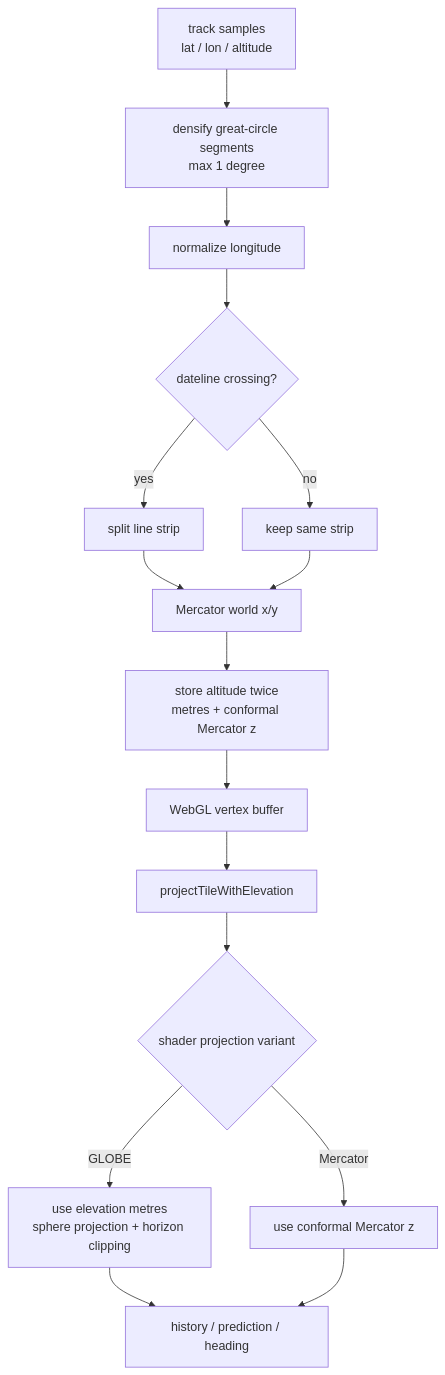
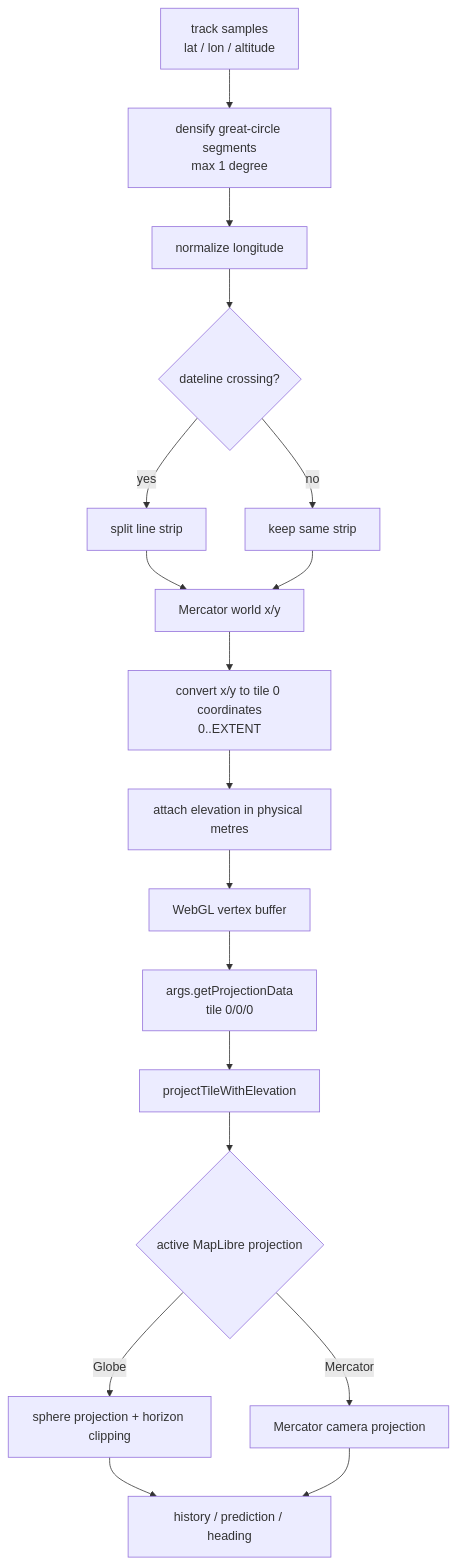
The second of 3 diagrams in docs/orbit-display.md (ExoSpaceLabs/world-sat-monitor), drawn with Mermaid before and after one commit. The commit also changed other lines of this file, not shown here.

Commit message:
docs(world-sat-monitor): correct orbit projection contract

````diff
--- a/docs/orbit-display.md
+++ b/docs/orbit-display.md
@@ -26,18 +26,20 @@
 ```mermaid
 flowchart TD
     P[track samples<br/>lat / lon / altitude] --> D[densify great-circle segments<br/>max 1 degree]
     D --> N[normalize longitude]
     N --> X{dateline crossing?}
     X -->|yes| S[split line strip]
     X -->|no| M[keep same strip]
     S --> C[Mercator world x/y]
     M --> C
-    C --> E[store altitude twice<br/>metres + conformal Mercator z]
+    C --> T[convert x/y to tile 0 coordinates<br/>0..EXTENT]
+    T --> E[attach elevation in physical metres]
     E --> V[WebGL vertex buffer]
-    V --> Q[projectTileWithElevation]
-    Q --> G{shader projection variant}
-    G -->|GLOBE| GL[use elevation metres<br/>sphere projection + horizon clipping]
-    G -->|Mercator| MC[use conformal Mercator z]
+    V --> PDATA[args.getProjectionData<br/>tile 0/0/0]
+    PDATA --> Q[projectTileWithElevation]
+    Q --> G{active MapLibre projection}
+    G -->|Globe| GL[sphere projection + horizon clipping]
+    G -->|Mercator| MC[Mercator camera projection]
     GL --> F[history / prediction / heading]
     MC --> F
 ```
````
